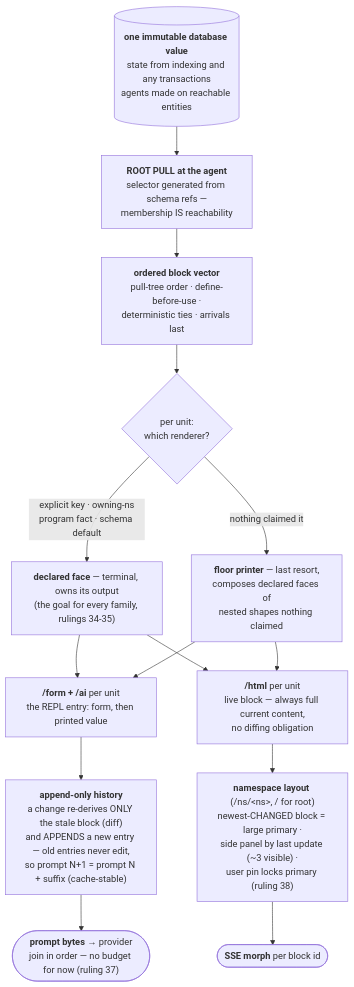
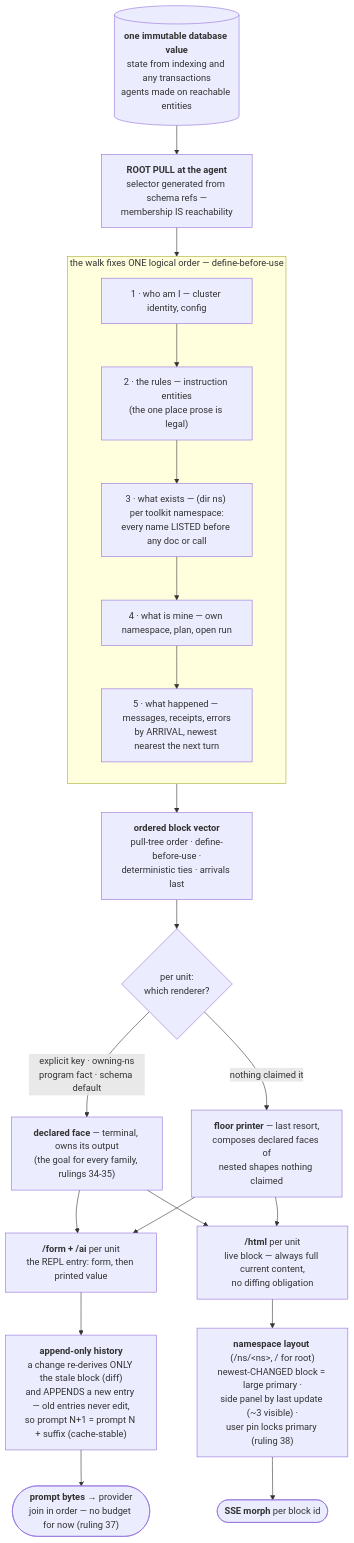
Before and after one commit to seantempesta/seon: the diagram in docs/prds/context-generation/plan/one-renderer-prd-2026-08-14.md, drawn with Mermaid. The commit also changed other lines of this file and 1 other file, not shown here.

First line of the commit message:
Capture root's live context as the PRD's worked example; ordering in the diagram

````diff
--- a/docs/prds/context-generation/plan/one-renderer-prd-2026-08-14.md
+++ b/docs/prds/context-generation/plan/one-renderer-prd-2026-08-14.md
@@ -45,29 +45,39 @@
 ```mermaid
 flowchart TD
     DB[("<b>one immutable database value</b><br/>state from indexing and any transactions<br/>agents made on reachable entities")]
     PULL["<b>ROOT PULL at the agent</b><br/>selector generated from schema refs —<br/>membership IS reachability"]
     VEC["<b>ordered block vector</b><br/>pull-tree order · define-before-use ·<br/>deterministic ties · arrivals last"]
     SEL{"per unit:<br/>which renderer?"}
     FACE["<b>declared face</b> — terminal, owns its output<br/>(the goal for every family, rulings 34-35)"]
     FLOOR["<b>floor printer</b> — last resort,<br/>composes declared faces of<br/>nested shapes nothing claimed"]
 
     AIENT["<b>/form + /ai</b> per unit<br/>the REPL entry: form, then printed value"]
     HIST["<b>append-only history</b><br/>a change re-derives ONLY the stale block (diff)<br/>and APPENDS a new entry — old entries never edit,<br/>so prompt N+1 = prompt N + suffix (cache-stable)"]
     PROMPT(["<b>prompt bytes</b> → provider<br/>join in order — no budget for now (ruling 37)"])
 
     HTMLB["<b>/html</b> per unit<br/>live block — always full current content,<br/>no diffing obligation"]
     LAYOUT["<b>namespace layout</b> (/ns/&lt;ns&gt;, / for root)<br/>newest-CHANGED block = large primary ·<br/>side panel by last update (~3 visible) ·<br/>user pin locks primary (ruling 38)"]
     MORPH(["<b>SSE morph</b> per block id"])
 
-    DB --> PULL --> VEC --> SEL
+    subgraph ORDER["the walk fixes ONE logical order — define-before-use"]
+        direction TB
+        O1["1 · who am I — cluster identity, config"]
+        O2["2 · the rules — instruction entities<br/>(the one place prose is legal)"]
+        O3["3 · what exists — (dir ns) per toolkit namespace:<br/>every name LISTED before any doc or call"]
+        O4["4 · what is mine — own namespace, plan, open run"]
+        O5["5 · what happened — messages, receipts, errors<br/>by ARRIVAL, newest nearest the next turn"]
+        O1 --> O2 --> O3 --> O4 --> O5
+    end
+
+    DB --> PULL --> ORDER --> VEC --> SEL
     SEL -->|"explicit key · owning-ns<br/>program fact · schema default"| FACE
     SEL -->|"nothing claimed it"| FLOOR
 
     FACE --> AIENT
     FLOOR --> AIENT
     FACE --> HTMLB
     FLOOR --> HTMLB
 
     AIENT --> HIST --> PROMPT
     HTMLB --> LAYOUT --> MORPH
 ```
````
